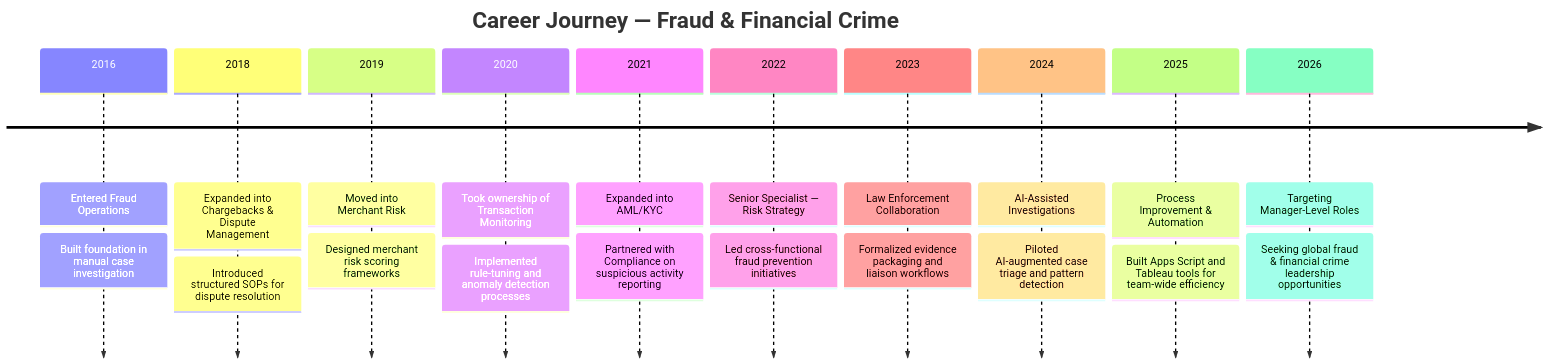
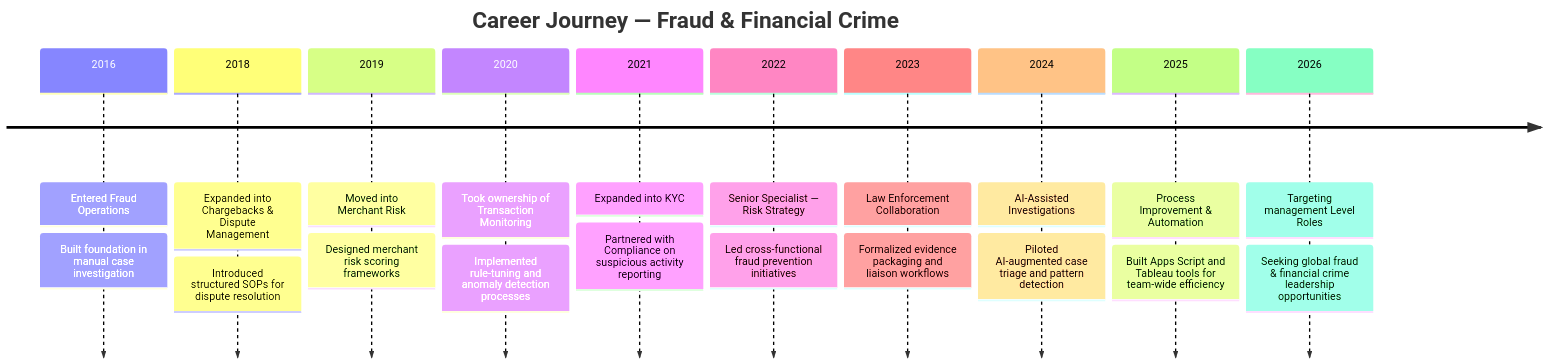
Before and after one commit to kaliswaryramish/fraud-intelligence-lab: the first of 2 diagrams in About_Me/README.md, drawn with Mermaid. The commit also changed other lines of this file, not shown here.

````diff
--- a/About_Me/README.md
+++ b/About_Me/README.md
@@ -52,24 +48,24 @@
 ```mermaid
 timeline
     title Career Journey — Fraud & Financial Crime
     2016 : Entered Fraud Operations
          : Built foundation in manual case investigation
     2018 : Expanded into Chargebacks & Dispute Management
          : Introduced structured SOPs for dispute resolution
     2019 : Moved into Merchant Risk
          : Designed merchant risk scoring frameworks
     2020 : Took ownership of Transaction Monitoring
          : Implemented rule-tuning and anomaly detection processes
-    2021 : Expanded into AML/KYC
+    2021 : Expanded into KYC
          : Partnered with Compliance on suspicious activity reporting
     2022 : Senior Specialist — Risk Strategy
          : Led cross-functional fraud prevention initiatives
     2023 : Law Enforcement Collaboration
          : Formalized evidence packaging and liaison workflows
     2024 : AI-Assisted Investigations
          : Piloted AI-augmented case triage and pattern detection
     2025 : Process Improvement & Automation
          : Built Apps Script and Tableau tools for team-wide efficiency
-    2026 : Targeting Manager-Level Roles
+    2026 : Targeting management Level Roles
          : Seeking global fraud & financial crime leadership opportunities
 ```
````
